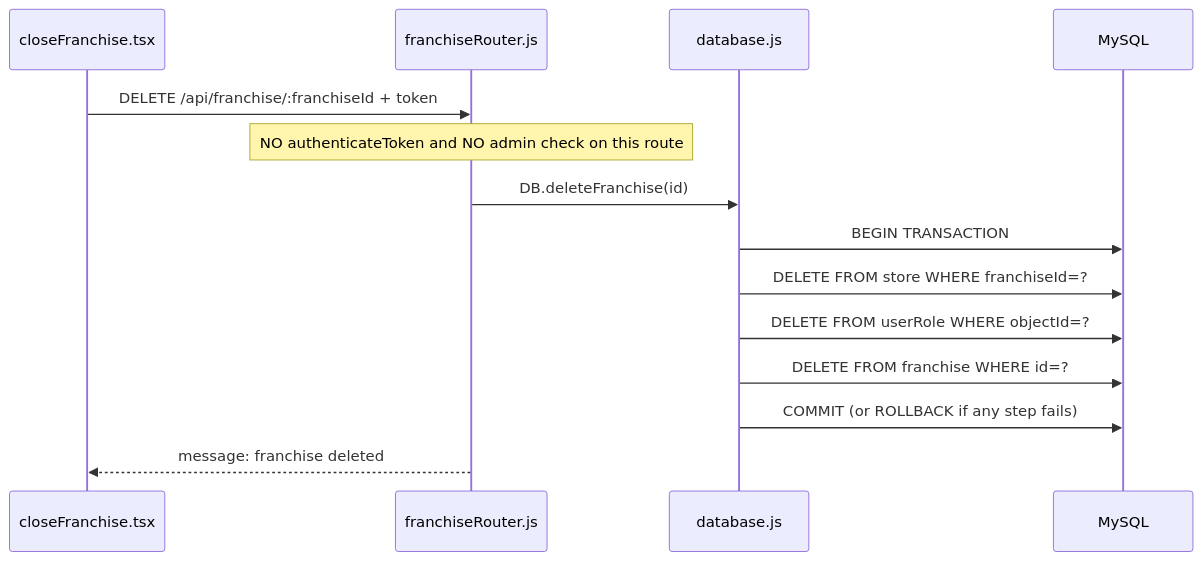
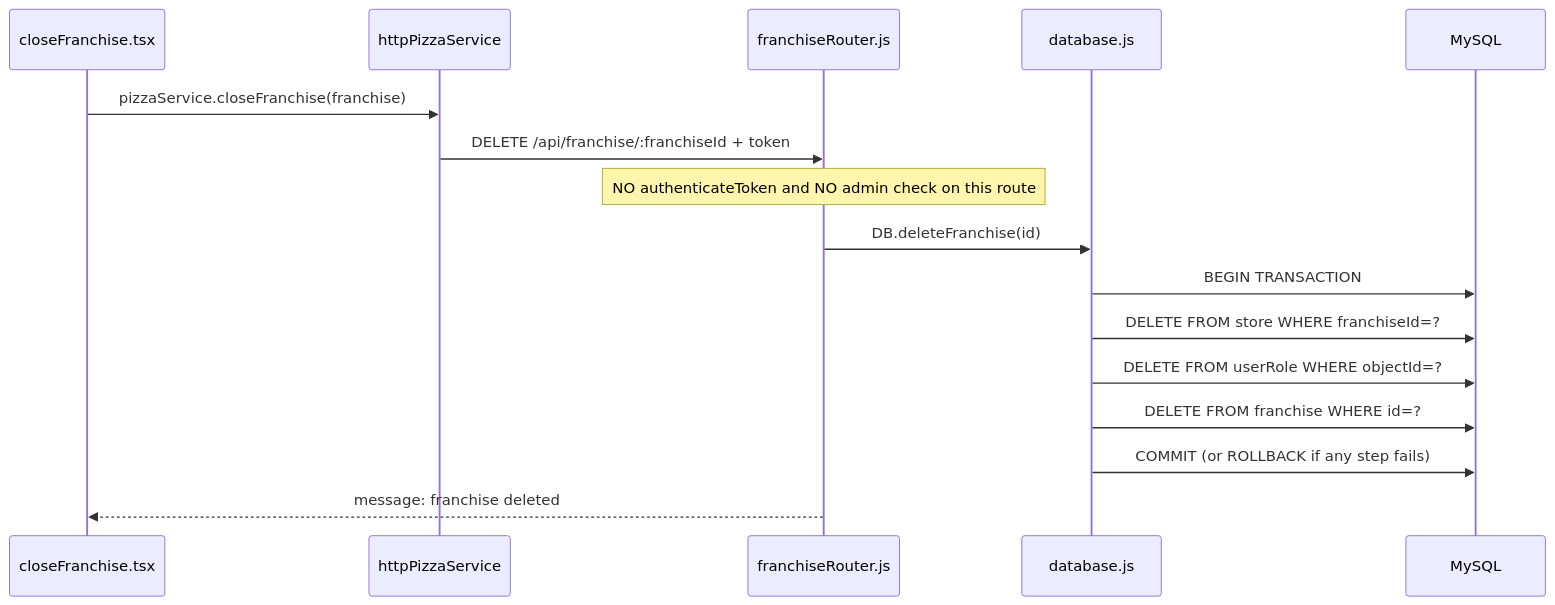
Before and after one commit to joshuajob-cs/jwt-pizza: diagram 17 of 18 in docs/flows.md, drawn with Mermaid. The commit also changed other lines of this file, not shown here.

Commit message:
refactor(docs): draw every layer consistently in flows.md

````diff
--- a/docs/flows.md
+++ b/docs/flows.md
@@ -343,16 +446,18 @@
 ```mermaid
 sequenceDiagram
   participant V as closeFranchise.tsx
+  participant S as httpPizzaService
   participant R as franchiseRouter.js
   participant D as database.js
   participant M as MySQL
-  V->>R: DELETE /api/franchise/:franchiseId  + token
+  V->>S: pizzaService.closeFranchise(franchise)
+  S->>R: DELETE /api/franchise/:franchiseId  + token
   Note over R: NO authenticateToken and NO admin check on this route
   R->>D: DB.deleteFranchise(id)
   D->>M: BEGIN TRANSACTION
   D->>M: DELETE FROM store WHERE franchiseId=?
   D->>M: DELETE FROM userRole WHERE objectId=?
   D->>M: DELETE FROM franchise WHERE id=?
   D->>M: COMMIT (or ROLLBACK if any step fails)
   R-->>V: message: franchise deleted
 ```
````
